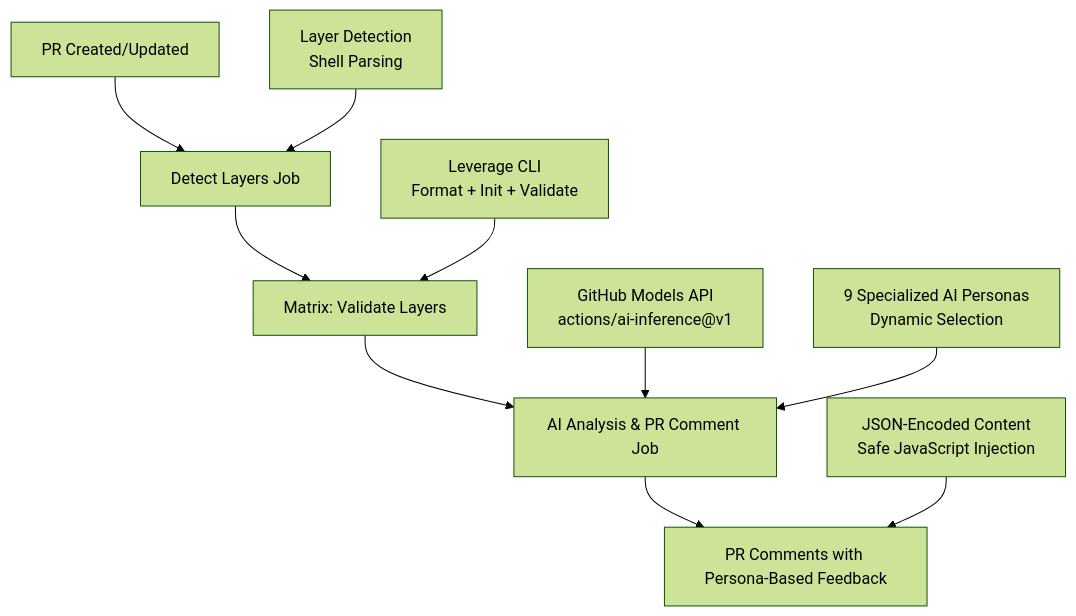
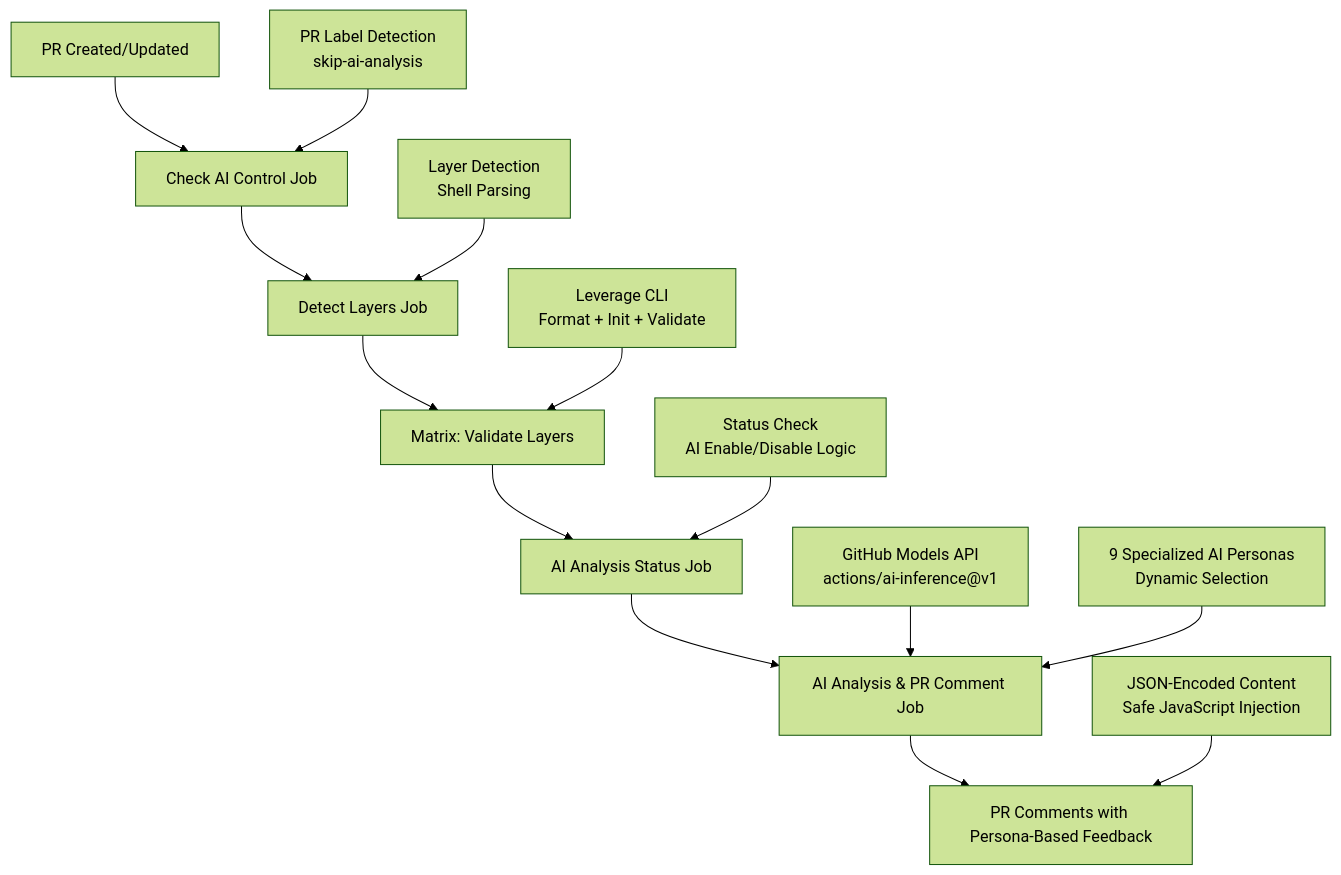
Before and after one commit to binbashar/le-tf-infra-aws: the first of 6 diagrams in docs/AI_VALIDATION_SETUP.md, drawn with Mermaid (forest theme). The commit also changed other lines of this file, not shown here.

First line of the commit message:
docs: update AI validation documentation with PR label control feature

````diff
--- a/docs/AI_VALIDATION_SETUP.md
+++ b/docs/AI_VALIDATION_SETUP.md
@@ -15,13 +15,17 @@
 ```mermaid
 graph TD
-    A[PR Created/Updated] --> B[Detect Layers Job]
+    A[PR Created/Updated] --> A1[Check AI Control Job]
+    A1 --> B[Detect Layers Job]
     B --> C[Matrix: Validate Layers]
-    C --> D[AI Analysis & PR Comment Job]
-    D --> E[PR Comments with Persona-Based Feedback]
+    C --> D[AI Analysis Status Job]
+    D --> E[AI Analysis & PR Comment Job]
+    E --> F[PR Comments with Persona-Based Feedback]
 
+    A2[PR Label Detection<br/>skip-ai-analysis] --> A1
     B1[Layer Detection<br/>Shell Parsing] --> B
     C1[Leverage CLI<br/>Format + Init + Validate] --> C
-    D1[GitHub Models API<br/>actions/ai-inference@v1] --> D
-    D2[9 Specialized AI Personas<br/>Dynamic Selection] --> D
-    E1[JSON-Encoded Content<br/>Safe JavaScript Injection] --> E
+    D1[Status Check<br/>AI Enable/Disable Logic] --> D
+    E1[GitHub Models API<br/>actions/ai-inference@v1] --> E
+    E2[9 Specialized AI Personas<br/>Dynamic Selection] --> E
+    F1[JSON-Encoded Content<br/>Safe JavaScript Injection] --> F
 ```
````
